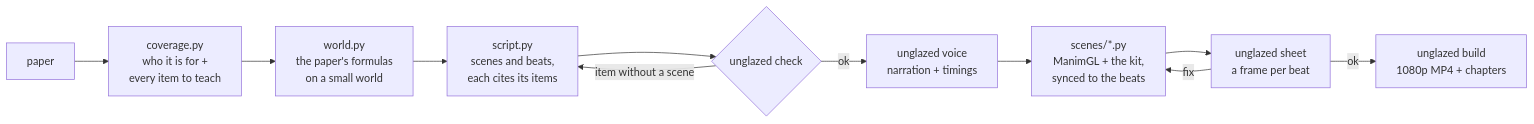
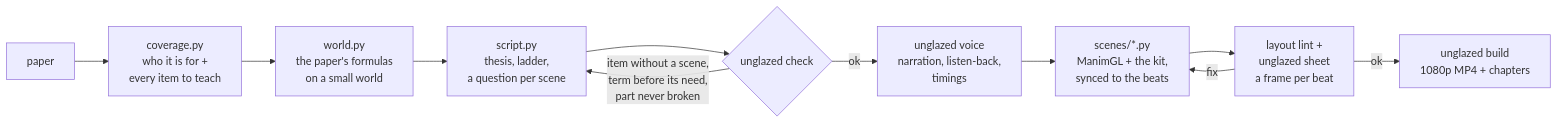
Before and after one commit to ShadowKingYT444/unglazed: the diagram in README.md, drawn with Mermaid. The commit also changed other lines of this file and 54 other files, not shown here.

First line of the commit message:
unglazed 0.2.0: a teaching contract, a natural local voice, layout tools, faster renders, new demo

````diff
--- a/README.md
+++ b/README.md
@@ -78,13 +89,13 @@
 ```mermaid
 flowchart LR
     P[paper] --> B["coverage.py<br/>who it is for +<br/>every item to teach"]
     B --> W["world.py<br/>the paper's formulas<br/>on a small world"]
-    W --> S["script.py<br/>scenes and beats,<br/>each cites its items"]
+    W --> S["script.py<br/>thesis, ladder,<br/>a question per scene"]
     S --> C{"unglazed check"}
-    C -- "item without a scene" --> S
-    C -- ok --> V["unglazed voice<br/>narration + timings"]
+    C -- "item without a scene,<br/>term before its need,<br/>part never broken" --> S
+    C -- ok --> V["unglazed voice<br/>narration, listen-back,<br/>timings"]
     V --> R["scenes/*.py<br/>ManimGL + the kit,<br/>synced to the beats"]
-    R --> H["unglazed sheet<br/>a frame per beat"]
+    R --> H["layout lint +<br/>unglazed sheet<br/>a frame per beat"]
     H -- fix --> R
     H -- ok --> M["unglazed build<br/>1080p MP4 + chapters"]
 ```
````
